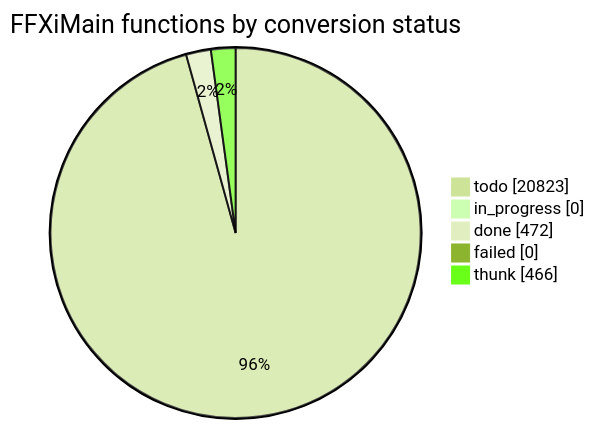
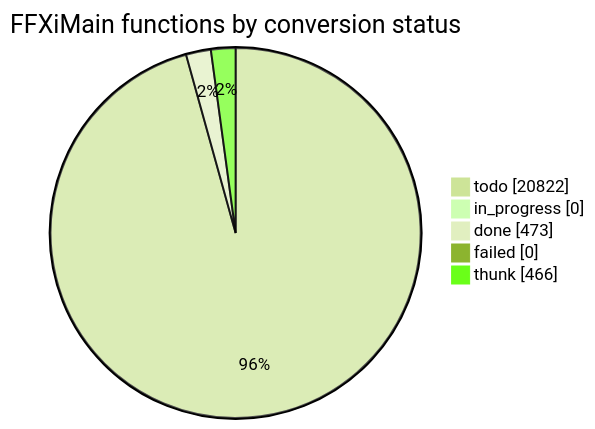
Before and after one commit to cowrevenge/cow_kuluu_xi_anything: the diagram in docs/cow/STATUS.md, drawn with Mermaid (forest theme). The commit also changed other lines of this file and 9 other files, not shown here.

````diff
--- a/docs/cow/STATUS.md
+++ b/docs/cow/STATUS.md
@@ -18,9 +18,9 @@
 ```mermaid
 pie showData
     title FFXiMain functions by conversion status
-    "todo" : 20823
+    "todo" : 20822
     "in_progress" : 0
-    "done" : 472
+    "done" : 473
     "failed" : 0
     "thunk" : 466
 ```
````
